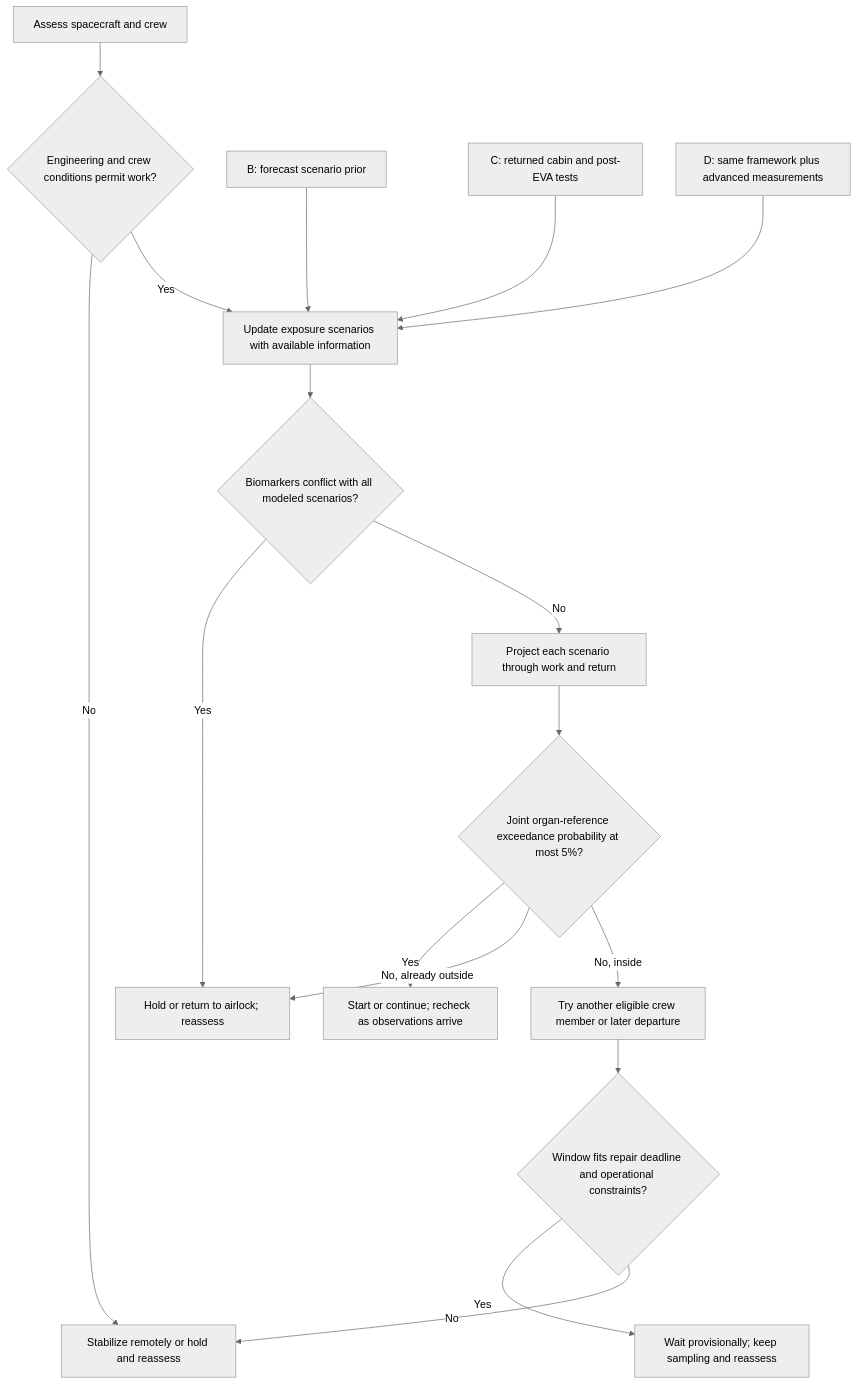
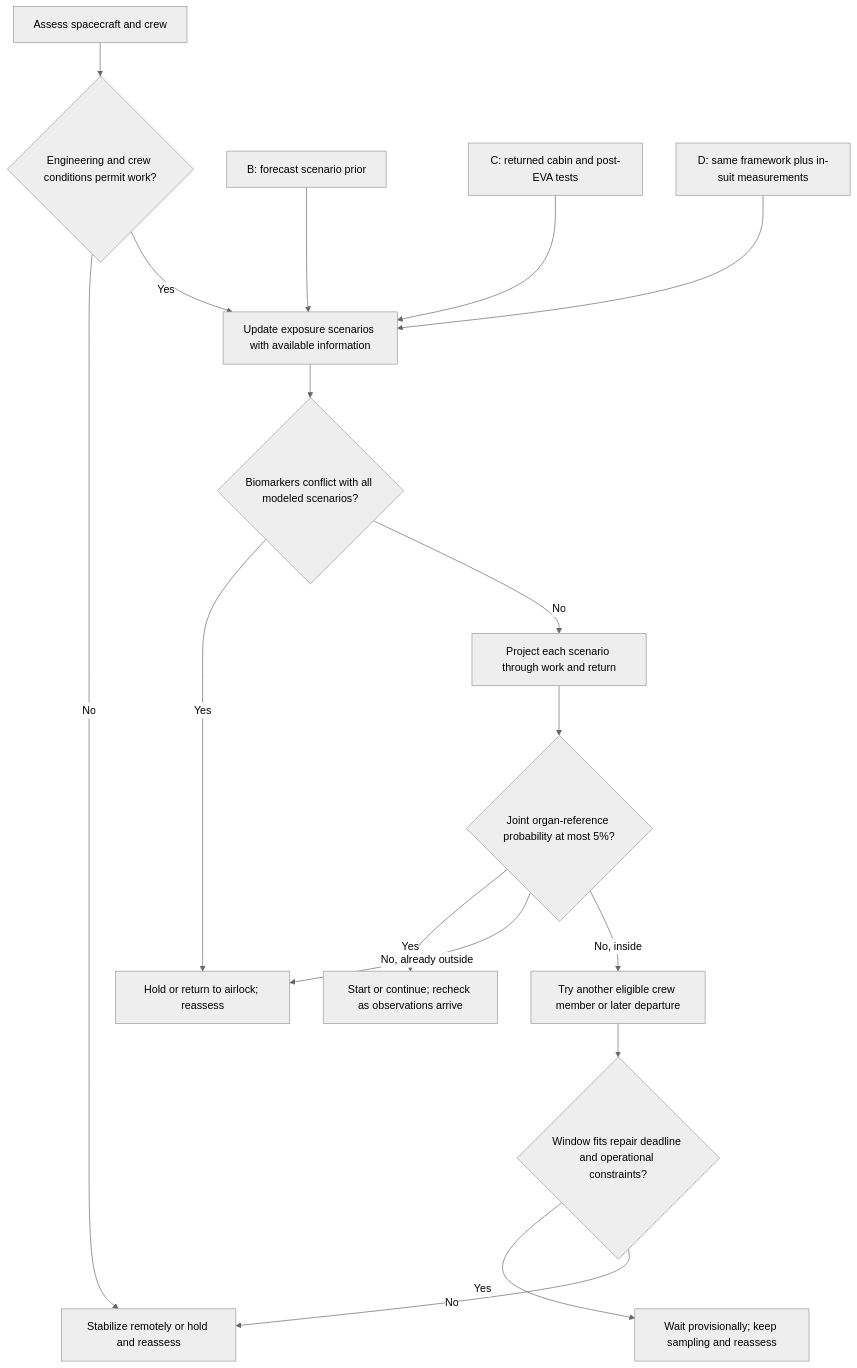
One commit to jruttan1/cnl-mars-2040 changed the diagram in docs/informed_strategies.md. Above: the diagram before and after it, drawn with Mermaid (neutral theme). The commit also changed other lines of this file and 16 other files, not shown here.

````diff
--- a/docs/informed_strategies.md
+++ b/docs/informed_strategies.md
@@ -252,19 +180,19 @@
 ```mermaid
 flowchart TD
     S[Assess spacecraft and crew] --> H{Engineering and crew conditions permit work?}
     H -->|No| HOLD[Stabilize remotely or hold and reassess]
     H -->|Yes| I[Update exposure scenarios with available information]
     B[B: forecast scenario prior] --> I
     C[C: returned cabin and post-EVA tests] --> I
-    D[D: same framework plus advanced measurements] --> I
+    D[D: same framework plus in-suit measurements] --> I
     I --> X{Biomarkers conflict with all modeled scenarios?}
     X -->|Yes| STOP[Hold or return to airlock; reassess]
     X -->|No| R[Project each scenario through work and return]
-    R --> P{Joint organ-reference exceedance probability at most 5%?}
+    R --> P{Joint organ-reference probability at most 5%?}
     P -->|Yes| GO[Start or continue; recheck as observations arrive]
     P -->|No, already outside| STOP
     P -->|No, inside| W[Try another eligible crew member or later departure]
     W --> F{Window fits repair deadline and operational constraints?}
     F -->|Yes| WAIT[Wait provisionally; keep sampling and reassess]
     F -->|No| HOLD
 ```
````
